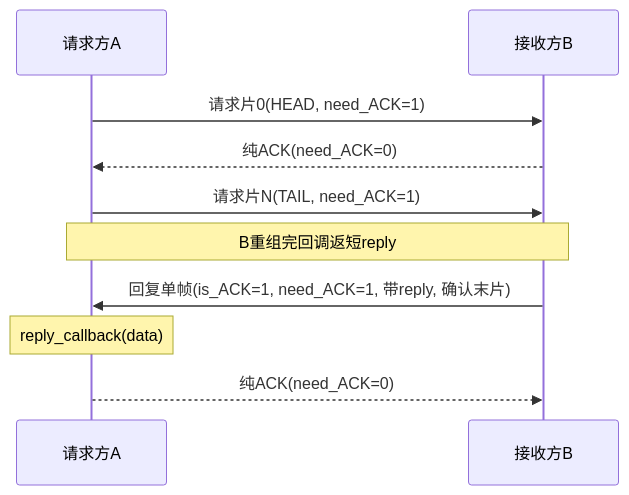
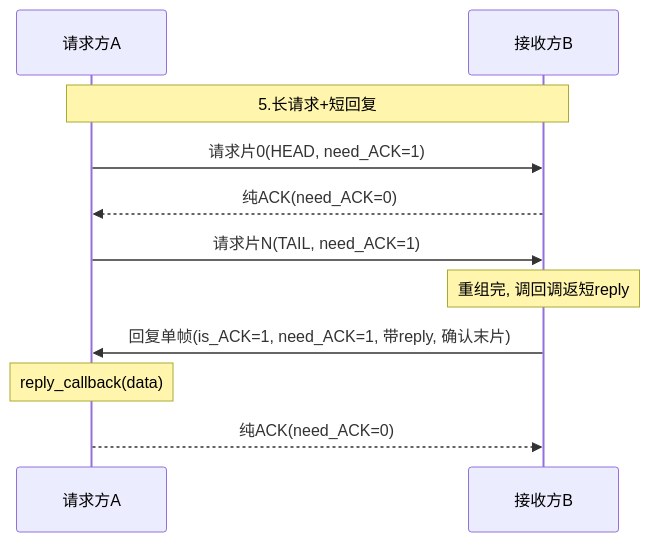
One commit to Siaiai/ObsidianNote changed the fifth of 13 diagrams in 工作/项目/代码/260401S3分拣面板-SIA-R9000P.md. Above: the diagram before and after it, drawn with Mermaid. The commit also changed other lines of this file and 1 other file, not shown here.

````diff
--- a/工作/项目/代码/260401S3分拣面板-SIA-R9000P.md
+++ b/工作/项目/代码/260401S3分拣面板-SIA-R9000P.md
@@ -159,12 +163,13 @@
 ```mermaid
 sequenceDiagram
     participant A as 请求方A
     participant B as 接收方B
+    Note over A,B: 5.长请求+短回复
     A->>B: 请求片0(HEAD, need_ACK=1)
     B-->>A: 纯ACK(need_ACK=0)
     A->>B: 请求片N(TAIL, need_ACK=1)
-    Note over A,B: B重组完回调返短reply
+    Note over B: 重组完, 调回调返短reply
     B->>A: 回复单帧(is_ACK=1, need_ACK=1, 带reply, 确认末片)
     Note over A: reply_callback(data)
     A-->>B: 纯ACK(need_ACK=0)
 ```
````
